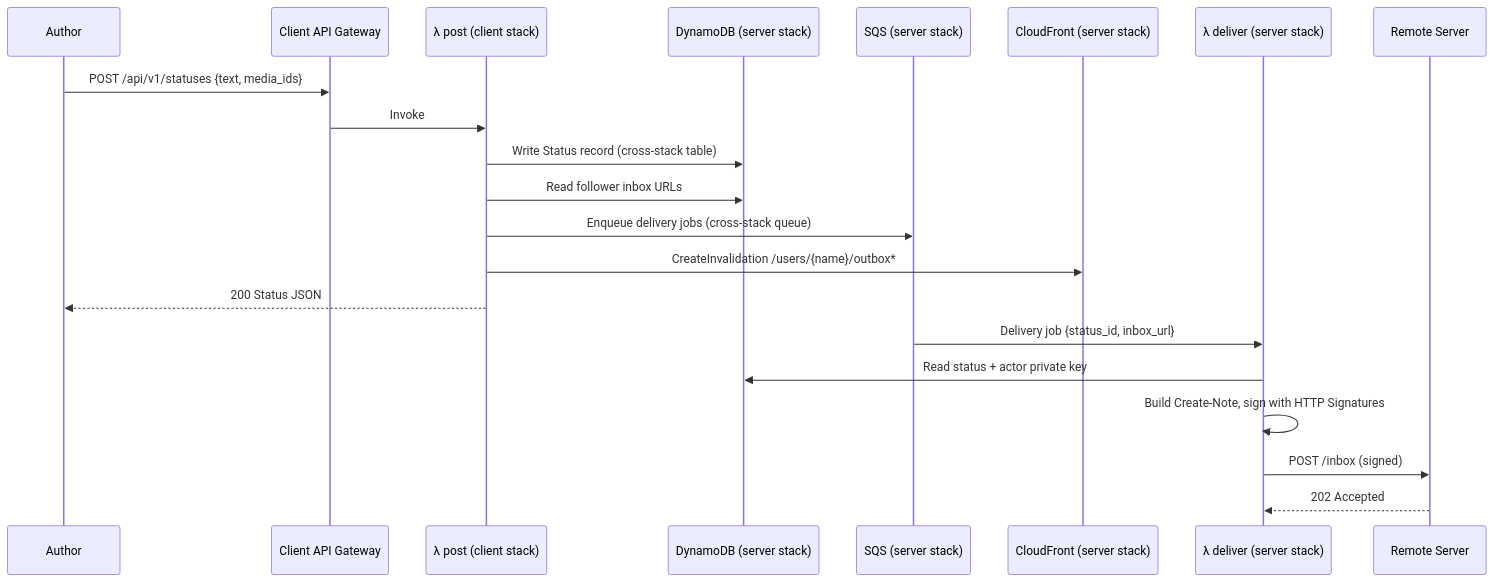
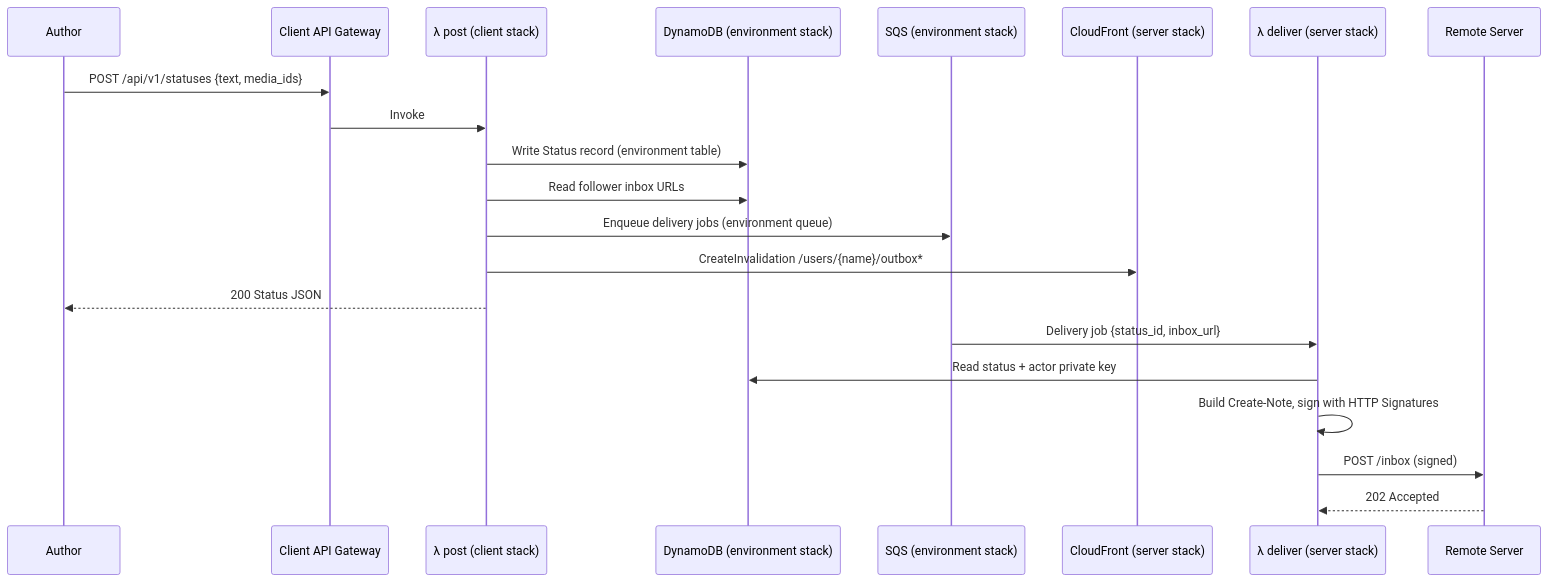
The second of 4 diagrams in docs/PROJECT-PLAN.md (happitec-inc/FederatedActivityPublisher), drawn with Mermaid before and after one commit. The commit also changed other lines of this file, not shown here.

First line of the commit message:
Four-stack architecture: add activity-environment-{stage}

````diff
--- a/docs/PROJECT-PLAN.md
+++ b/docs/PROJECT-PLAN.md
@@ -172,25 +188,25 @@
 ```mermaid
 sequenceDiagram
     participant U as Author
     participant CG as Client API Gateway
     participant P as λ post (client stack)
-    participant DB as DynamoDB (server stack)
-    participant Q as SQS (server stack)
+    participant DB as DynamoDB (environment stack)
+    participant Q as SQS (environment stack)
     participant CF as CloudFront (server stack)
     participant D as λ deliver (server stack)
     participant R as Remote Server
 
     U->>CG: POST /api/v1/statuses {text, media_ids}
     CG->>P: Invoke
-    P->>DB: Write Status record (cross-stack table)
+    P->>DB: Write Status record (environment table)
     P->>DB: Read follower inbox URLs
-    P->>Q: Enqueue delivery jobs (cross-stack queue)
+    P->>Q: Enqueue delivery jobs (environment queue)
     P->>CF: CreateInvalidation /users/{name}/outbox*
     P-->>U: 200 Status JSON
 
     Q->>D: Delivery job {status_id, inbox_url}
     D->>DB: Read status + actor private key
     D->>D: Build Create-Note, sign with HTTP Signatures
     D->>R: POST /inbox (signed)
     R-->>D: 202 Accepted
 ```
````
